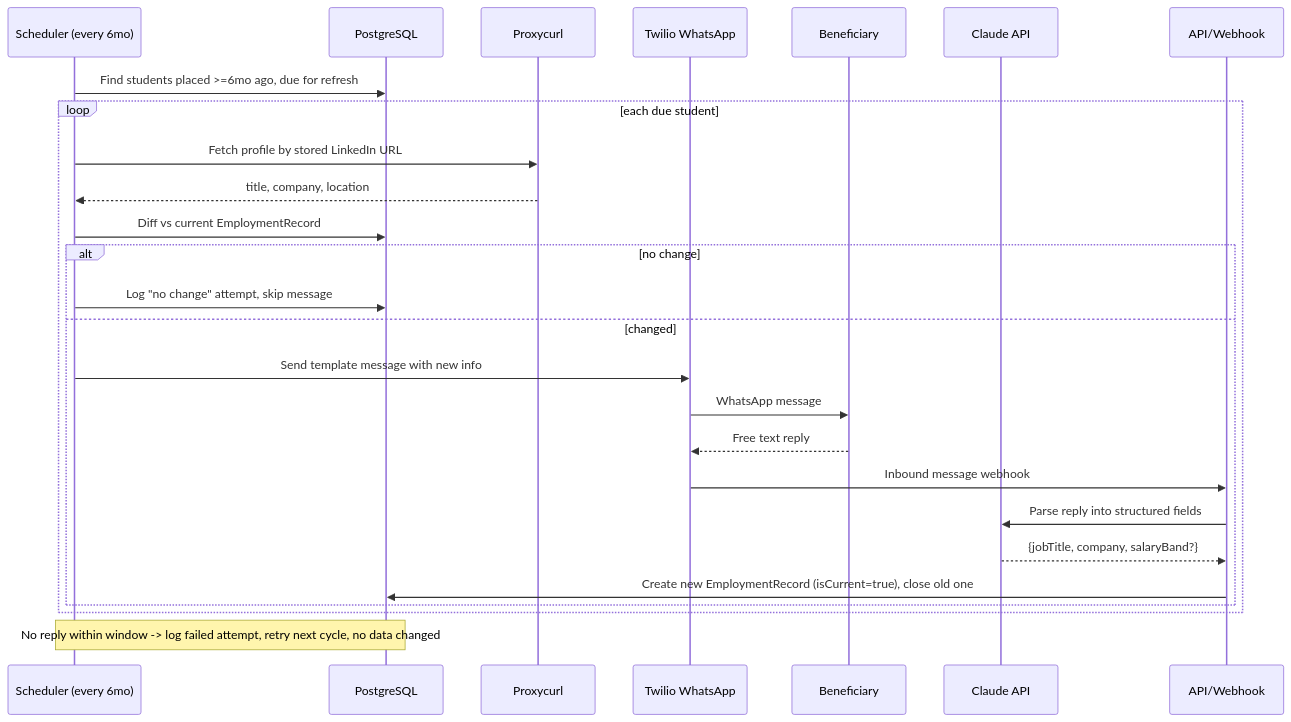
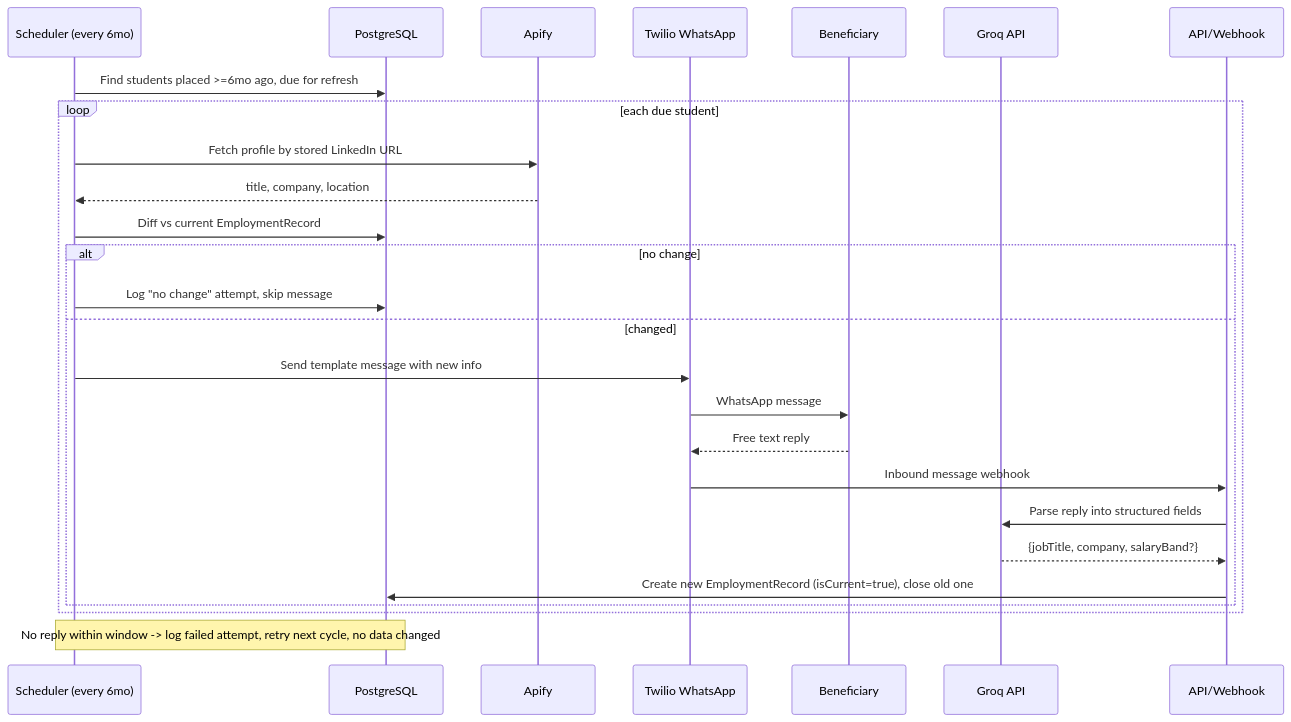
Before and after one commit to tejasvasingh2004/EduTrack: the second of 4 diagrams in hld.md, drawn with Mermaid. The commit also changed other lines of this file and 20 other files, not shown here.

````diff
--- a/hld.md
+++ b/hld.md
@@ -61,28 +61,28 @@
 ```mermaid
 sequenceDiagram
     participant Cron as Scheduler (every 6mo)
     participant DB as PostgreSQL
-    participant Scraper as Proxycurl
+    participant Scraper as Apify
     participant Twilio as Twilio WhatsApp
     participant Ben as Beneficiary
-    participant LLM as Claude API
+    participant LLM as Groq API
 
     Cron->>DB: Find students placed >=6mo ago, due for refresh
     loop each due student
         Cron->>Scraper: Fetch profile by stored LinkedIn URL
         Scraper-->>Cron: title, company, location
         Cron->>DB: Diff vs current EmploymentRecord
         alt no change
             Cron->>DB: Log "no change" attempt, skip message
         else changed
             Cron->>Twilio: Send template message with new info
             Twilio->>Ben: WhatsApp message
             Ben-->>Twilio: Free text reply
             Twilio->>API/Webhook: Inbound message webhook
             API/Webhook->>LLM: Parse reply into structured fields
             LLM-->>API/Webhook: {jobTitle, company, salaryBand?}
             API/Webhook->>DB: Create new EmploymentRecord (isCurrent=true), close old one
         end
     end
     Note over Cron,DB: No reply within window -> log failed attempt, retry next cycle, no data changed
 ```
````
